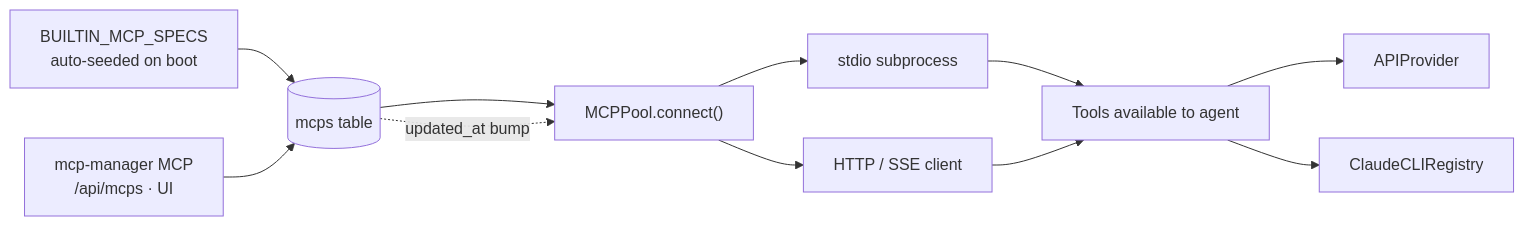
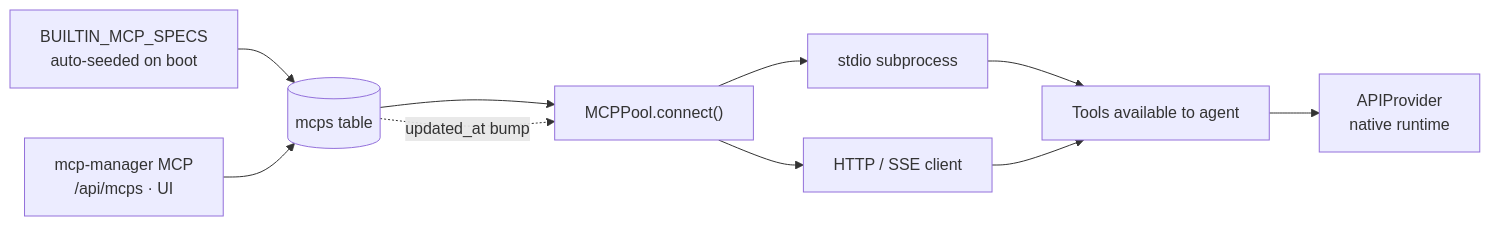
The fourth of 9 diagrams in guide/architecture.md (openagent-uno/openagent-docs), drawn with Mermaid before and after one commit. The commit also changed other lines of this file and 4 other files, not shown here.

````diff
--- a/guide/architecture.md
+++ b/guide/architecture.md
@@ -169,16 +151,15 @@
 ```mermaid
 flowchart LR
     Seed["BUILTIN_MCP_SPECS<br/>auto-seeded on boot"] --> DB[(mcps table)]
     Manager["mcp-manager MCP<br/>/api/mcps · UI"] --> DB
 
     DB --> Pool["MCPPool.connect()"]
     Pool --> Stdio["stdio subprocess"]
     Pool --> Http["HTTP / SSE client"]
 
     Stdio --> Tools["Tools available to agent"]
     Http --> Tools
-    Tools --> API[APIProvider]
-    Tools --> CCLI[ClaudeCLIRegistry]
+    Tools --> API["APIProvider<br/>native runtime"]
 
     DB -. updated_at bump .-> Pool
 ```
````
